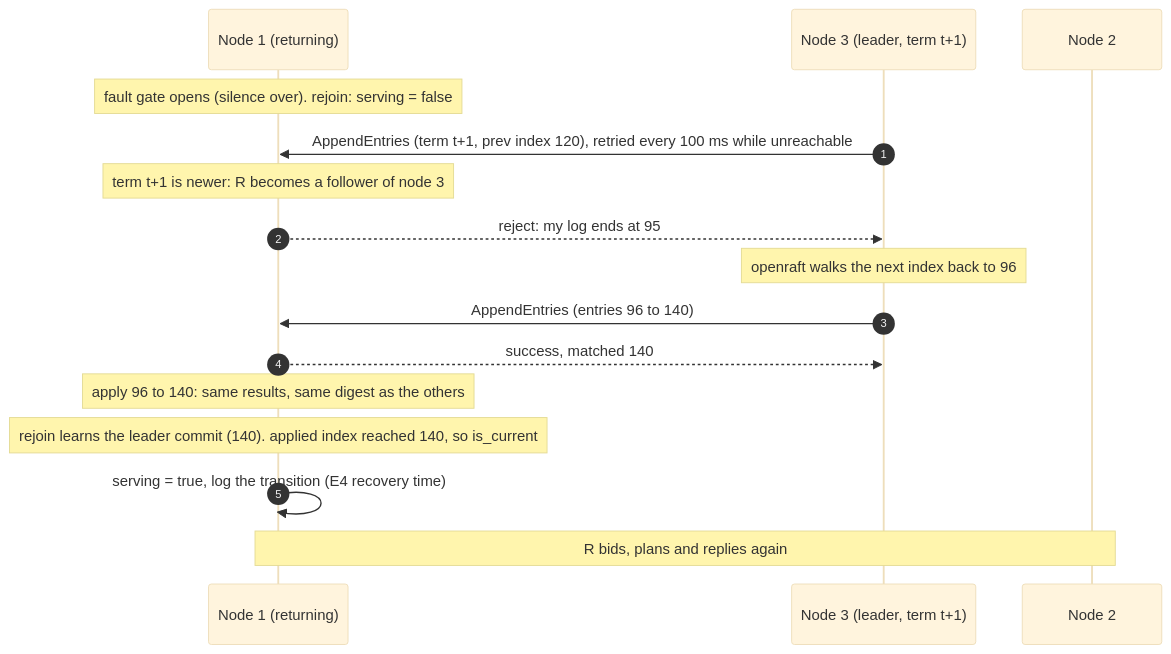
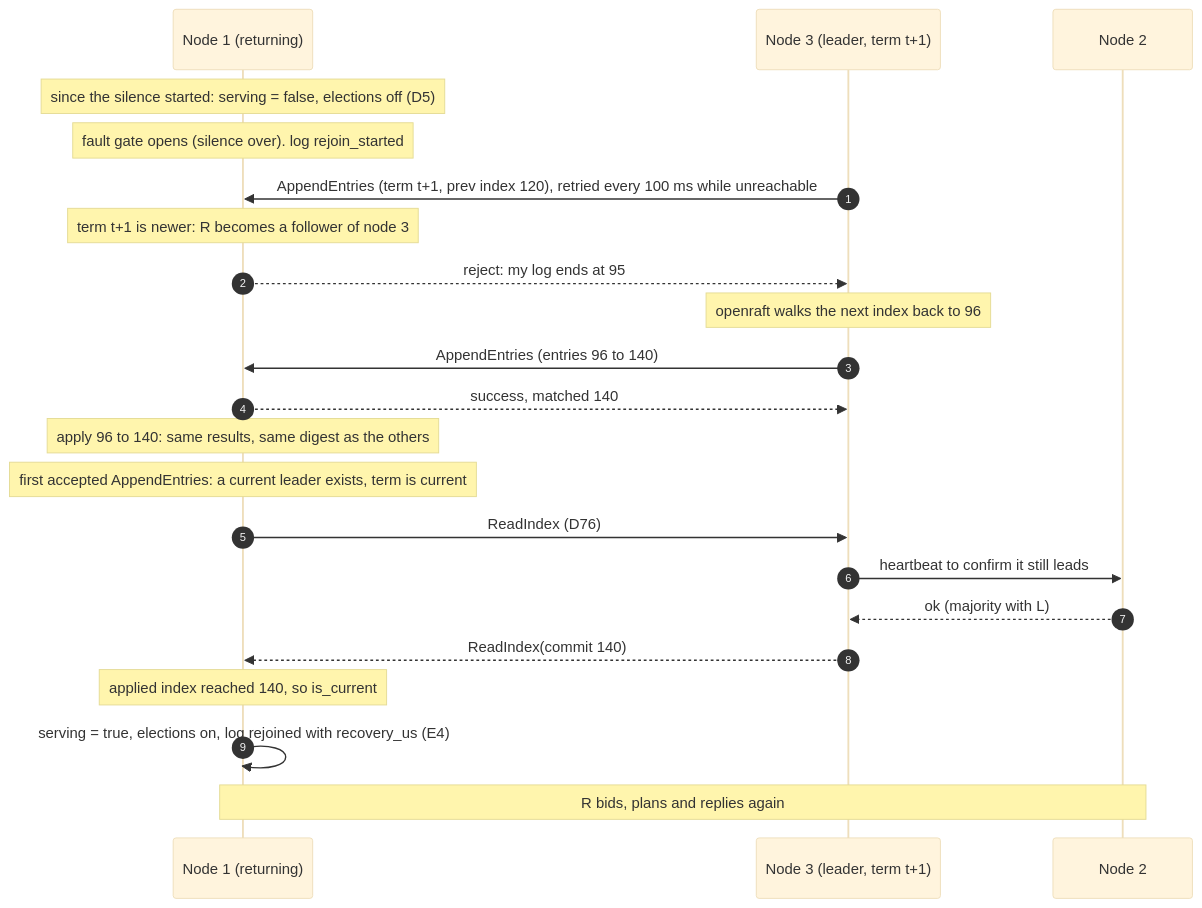
Diagram 15 of 26 in docs/architecture.md (noortaytoy1/DistributedSystems), drawn with Mermaid (base theme) before and after one commit. The commit also changed other lines of this file and 10 other files, not shown here.

First line of the commit message:
Gate a returning node until it is current; ask the leader via ReadIndex (#5)

````diff
--- a/docs/architecture.md
+++ b/docs/architecture.md
@@ -577,18 +578,24 @@
 ```mermaid
 sequenceDiagram
     autonumber
     participant R as Node 1 (returning)
     participant L as Node 3 (leader, term t+1)
     participant N2 as Node 2
-    Note over R: fault gate opens (silence over). rejoin: serving = false
+    Note over R: since the silence started: serving = false, elections off (D5)
+    Note over R: fault gate opens (silence over). log rejoin_started
     L->>R: AppendEntries (term t+1, prev index 120), retried every 100 ms while unreachable
     Note over R: term t+1 is newer: R becomes a follower of node 3
     R-->>L: reject: my log ends at 95
     Note over L: openraft walks the next index back to 96
     L->>R: AppendEntries (entries 96 to 140)
     R-->>L: success, matched 140
     Note over R: apply 96 to 140: same results, same digest as the others
-    Note over R: rejoin learns the leader commit (140). applied index reached 140, so is_current
-    R->>R: serving = true, log the transition (E4 recovery time)
+    Note over R: first accepted AppendEntries: a current leader exists, term is current
+    R->>L: ReadIndex (D76)
+    L->>N2: heartbeat to confirm it still leads
+    N2-->>L: ok (majority with L)
+    L-->>R: ReadIndex(commit 140)
+    Note over R: applied index reached 140, so is_current
+    R->>R: serving = true, elections on, log rejoined with recovery_us (E4)
     Note over R,N2: R bids, plans and replies again
 ```
````
